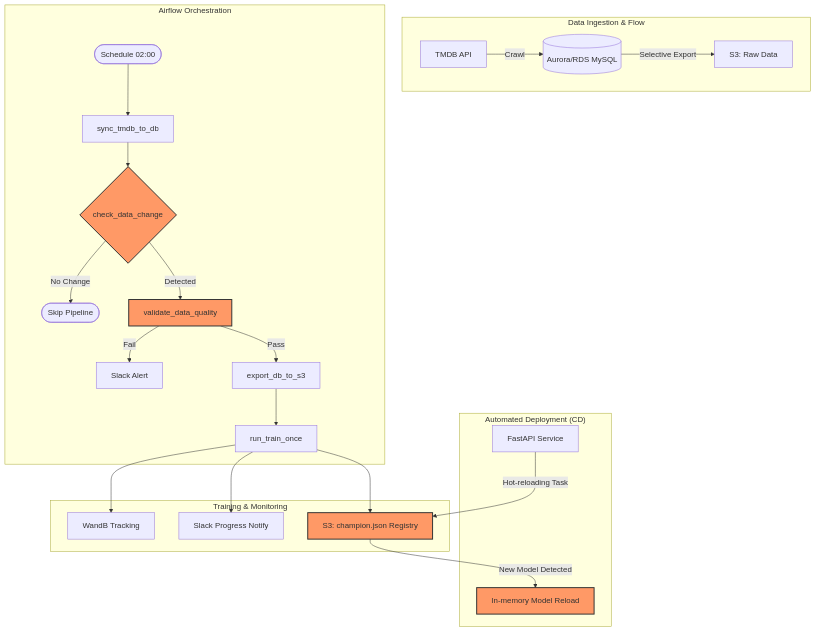
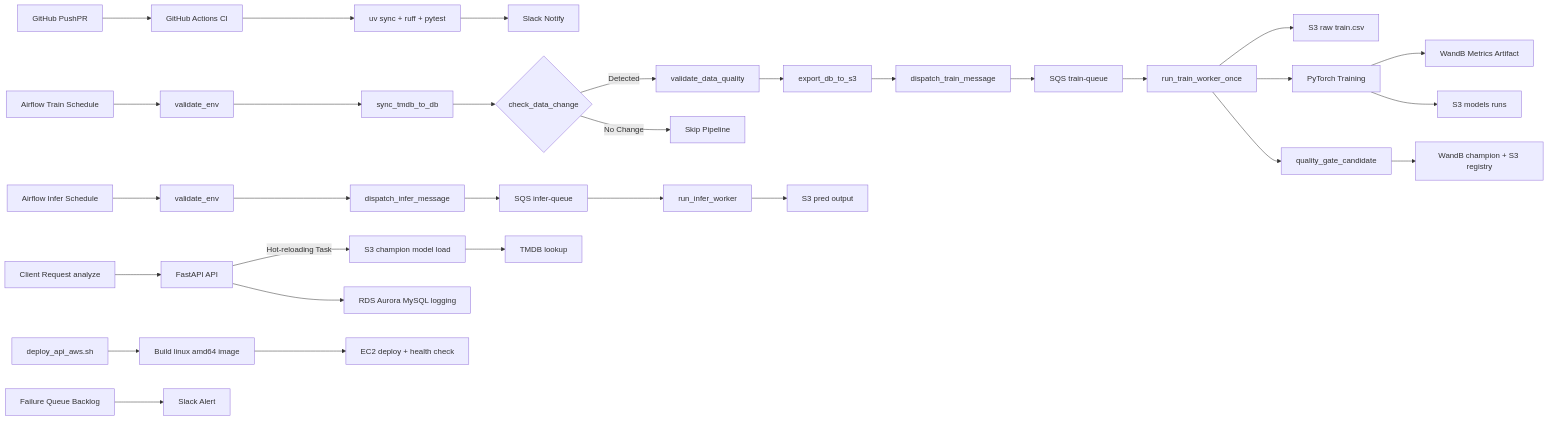
One commit to AIBootcamp24th/mlops-mlops-team-3 changed the diagram in README.md. Above: the diagram before and after it, drawn with Mermaid. The commit also changed other lines of this file, not shown here.

````diff
--- a/README.md
+++ b/README.md
@@ -7,31 +56,38 @@
 ```mermaid
-graph TD
-    subgraph "Data Ingestion & Flow"
-        TMDB[TMDB API] -- "Crawl" --> RDS[(Aurora/RDS MySQL)]
-        RDS -- "Selective Export" --> S3_Raw[S3: Raw Data]
-    end
+graph LR
+  gitPush[GitHub PushPR] --> ci[GitHub Actions CI]
+  ci --> ciCheck[uv sync + ruff + pytest]
+  ciCheck --> ciNotify[Slack Notify]
 
-    subgraph "Airflow Orchestration"
-        Start([Schedule 02:00]) --> Sync[sync_tmdb_to_db]
-        Sync --> ChangeDet{check_data_change}
-        ChangeDet -- "No Change" --> Skip([Skip Pipeline])
-        ChangeDet -- "Detected" --> Quality[validate_data_quality]
-        Quality -- "Fail" --> Slack_Fail[Slack Alert]
-        Quality -- "Pass" --> Export[export_db_to_s3]
-        Export --> Train[run_train_once]
-    end
+  trainSchedule[Airflow Train Schedule] --> trainValidate[validate_env]
+  trainValidate --> syncDb[sync_tmdb_to_db]
+  syncDb --> changeDet{check_data_change}
+  changeDet -- "Detected" --> qualityGate[validate_data_quality]
+  changeDet -- "No Change" --> skip[Skip Pipeline]
+  qualityGate --> exportS3[export_db_to_s3]
+  exportS3 --> trainDispatch[dispatch_train_message]
+  trainDispatch --> trainQueue[SQS train-queue]
+  trainQueue --> trainWorker[run_train_worker_once]
+  trainWorker --> s3Raw[S3 raw train.csv]
+  trainWorker --> pytorchTrain[PyTorch Training]
+  pytorchTrain --> wandbTrack[WandB Metrics Artifact]
+  pytorchTrain --> s3Model[S3 models runs]
+  trainWorker --> qualityGateModel[quality_gate_candidate]
+  qualityGateModel --> champion[WandB champion + S3 registry]
 
-    subgraph "Training & Monitoring"
-        Train --> WB[WandB Tracking]
-        Train --> Slack_Success[Slack Progress Notify]
-        Train --> Registry[S3: champion.json Registry]
-    end
+  inferSchedule[Airflow Infer Schedule] --> inferValidate[validate_env]
+  inferValidate --> inferDispatch[dispatch_infer_message]
+  inferDispatch --> inferQueue[SQS infer-queue]
+  inferQueue --> inferWorker[run_infer_worker]
+  inferWorker --> s3Pred[S3 pred output]
 
-    subgraph "Automated Deployment (CD)"
-        API[FastAPI Service] -- "Hot-reloading Task" --> Registry
-        Registry -- "New Model Detected" --> Load[In-memory Model Reload]
-    end
+  apiRequest[Client Request analyze] --> apiService[FastAPI API]
+  apiService -- "Hot-reloading Task" --> modelLoad[S3 champion model load]
+  modelLoad --> tmdbLookup[TMDB lookup]
+  apiService --> dbLog[RDS Aurora MySQL logging]
 
-    classDef highlight fill:#f96,stroke:#333,stroke-width:2px;
-    class ChangeDet,Quality,Registry,Load highlight;
+  deployScript[deploy_api_aws.sh] --> amd64Build[Build linux amd64 image]
+  amd64Build --> ec2Deploy[EC2 deploy + health check]
+
+  failureSignal[Failure Queue Backlog] --> slackAlert[Slack Alert]
 ```
````
